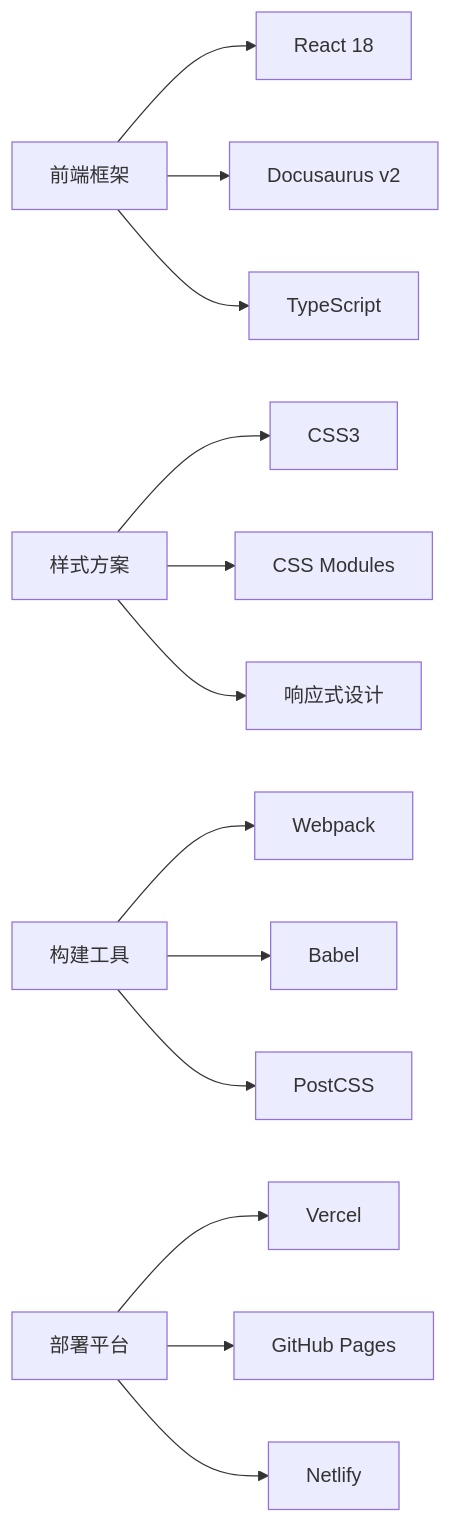
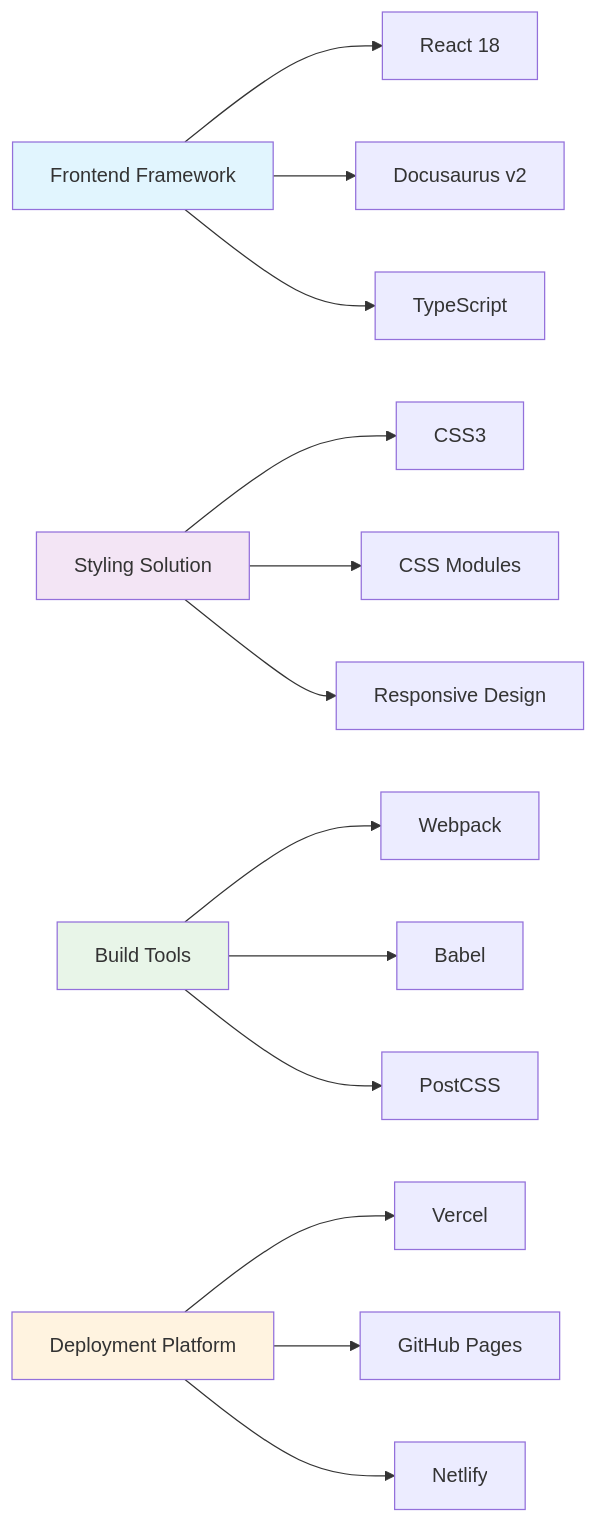
One commit to ChanMeng666/ai-programming-teaching-project changed the third of 6 diagrams in versioned_docs/version-2024-winter/advanced/cases/sasa-project.mdx. Above: the diagram before and after it, drawn with Mermaid. The commit also changed other lines of this file and 472 other files, not shown here.

````diff
--- a/versioned_docs/version-2024-winter/advanced/cases/sasa-project.mdx
+++ b/versioned_docs/version-2024-winter/advanced/cases/sasa-project.mdx
@@ -122,18 +127,23 @@
 ```mermaid
 graph LR
-    A[前端框架] --> B[React 18]
+    A[Frontend Framework] --> B[React 18]
     A --> C[Docusaurus v2]
     A --> D[TypeScript]
-    
-    E[样式方案] --> F[CSS3]
+
+    E[Styling Solution] --> F[CSS3]
     E --> G[CSS Modules]
-    E --> H[响应式设计]
-    
-    I[构建工具] --> J[Webpack]
+    E --> H[Responsive Design]
+
+    I[Build Tools] --> J[Webpack]
     I --> K[Babel]
     I --> L[PostCSS]
-    
-    M[部署平台] --> N[Vercel]
+
+    M[Deployment Platform] --> N[Vercel]
     M --> O[GitHub Pages]
     M --> P[Netlify]
+
+    style A fill:#e1f5fe
+    style E fill:#f3e5f5
+    style I fill:#e8f5e8
+    style M fill:#fff3e0
 ```
````
